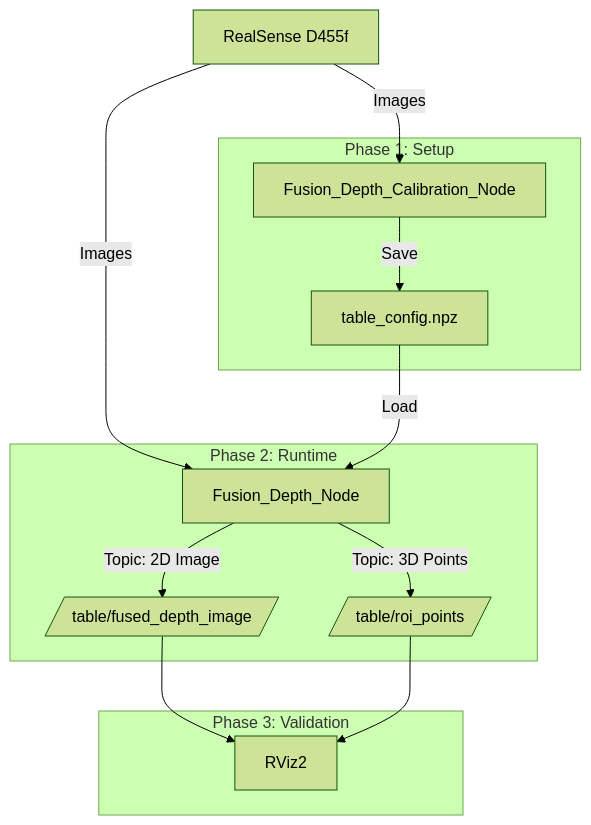
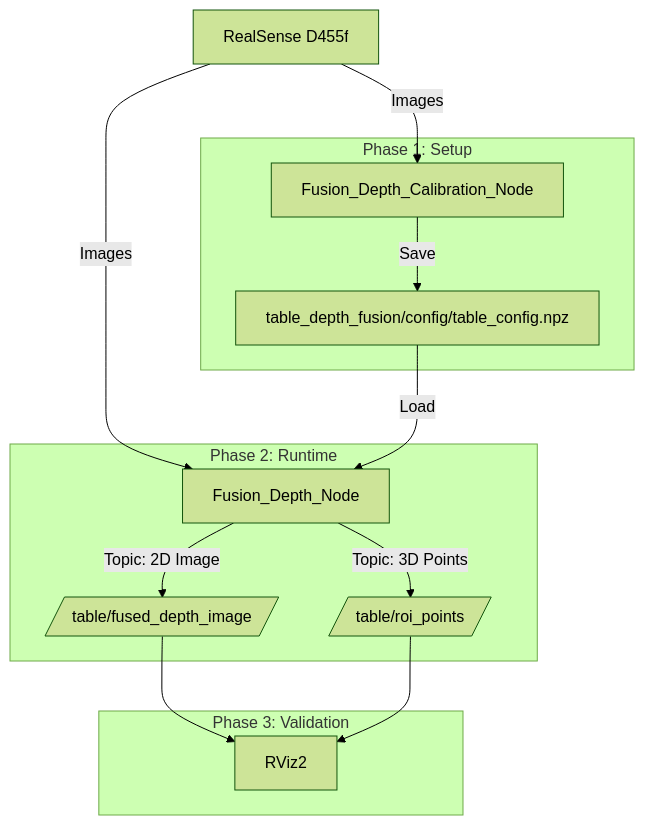
The diagram in AGENTS.md (Letssarere/enhanced_depth_ws), drawn with Mermaid (forest theme) before and after one commit. The commit also changed other lines of this file, not shown here.

````diff
--- a/AGENTS.md
+++ b/AGENTS.md
@@ -17,20 +30,20 @@
 ```mermaid
 graph TD
     Sensor[RealSense D455f] -->|Images| CalibNode[Fusion_Depth_Calibration_Node]
     Sensor -->|Images| RunNode[Fusion_Depth_Node]
     
     subgraph Phase 1: Setup
-    CalibNode -->|Save| ConfigFile[table_config.npz]
+    CalibNode -->|Save| ConfigFile[table_depth_fusion/config/table_config.npz]
     end
     
     subgraph Phase 2: Runtime
     ConfigFile -->|Load| RunNode
     RunNode -->|Topic: 2D Image| Topic1[/table/fused_depth_image/]
     RunNode -->|Topic: 3D Points| Topic2[/table/roi_points/]
     end
     
     subgraph Phase 3: Validation
     Topic1 --> RViz2
     Topic2 --> RViz2
     end
 ```
````
